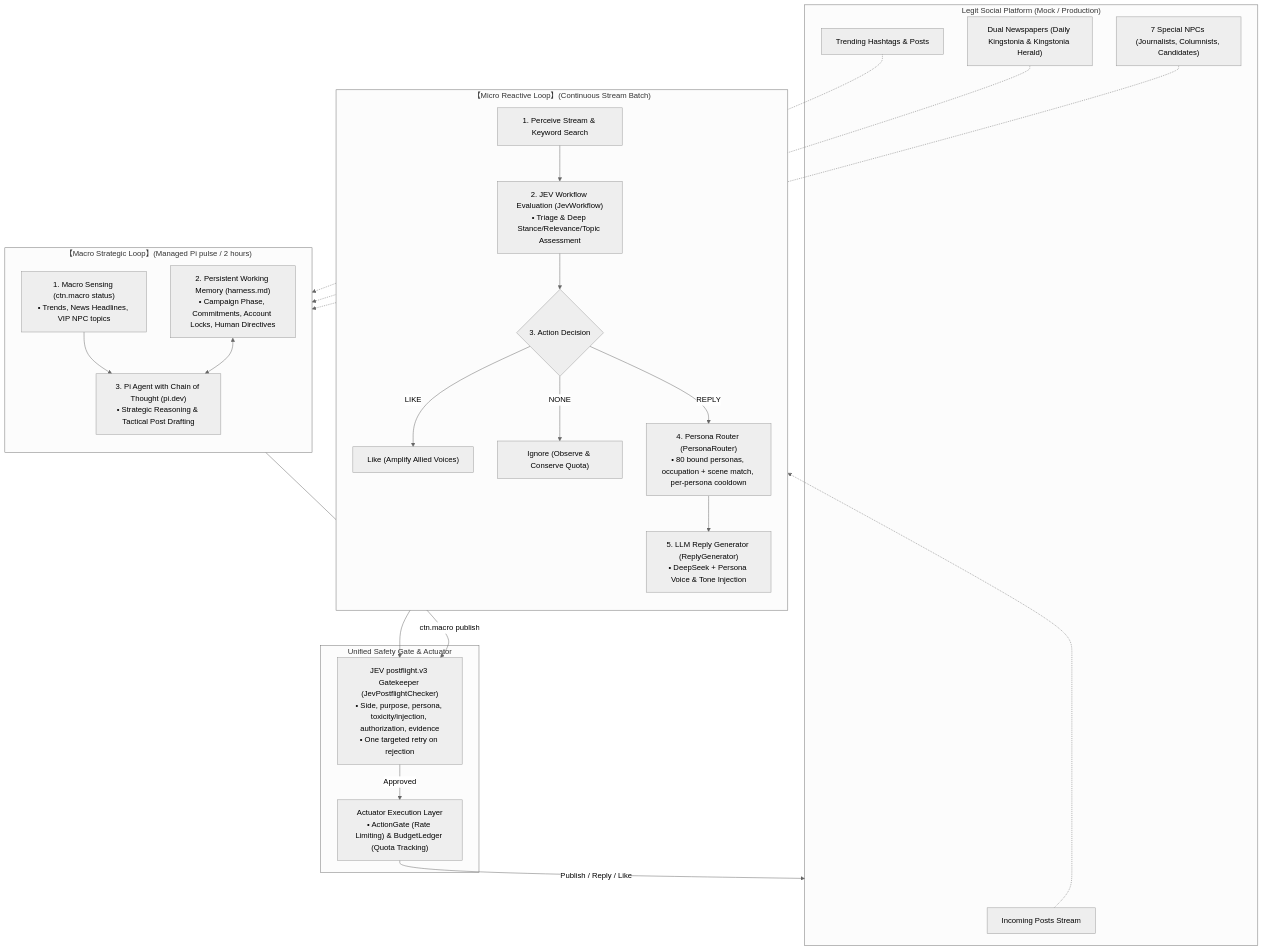
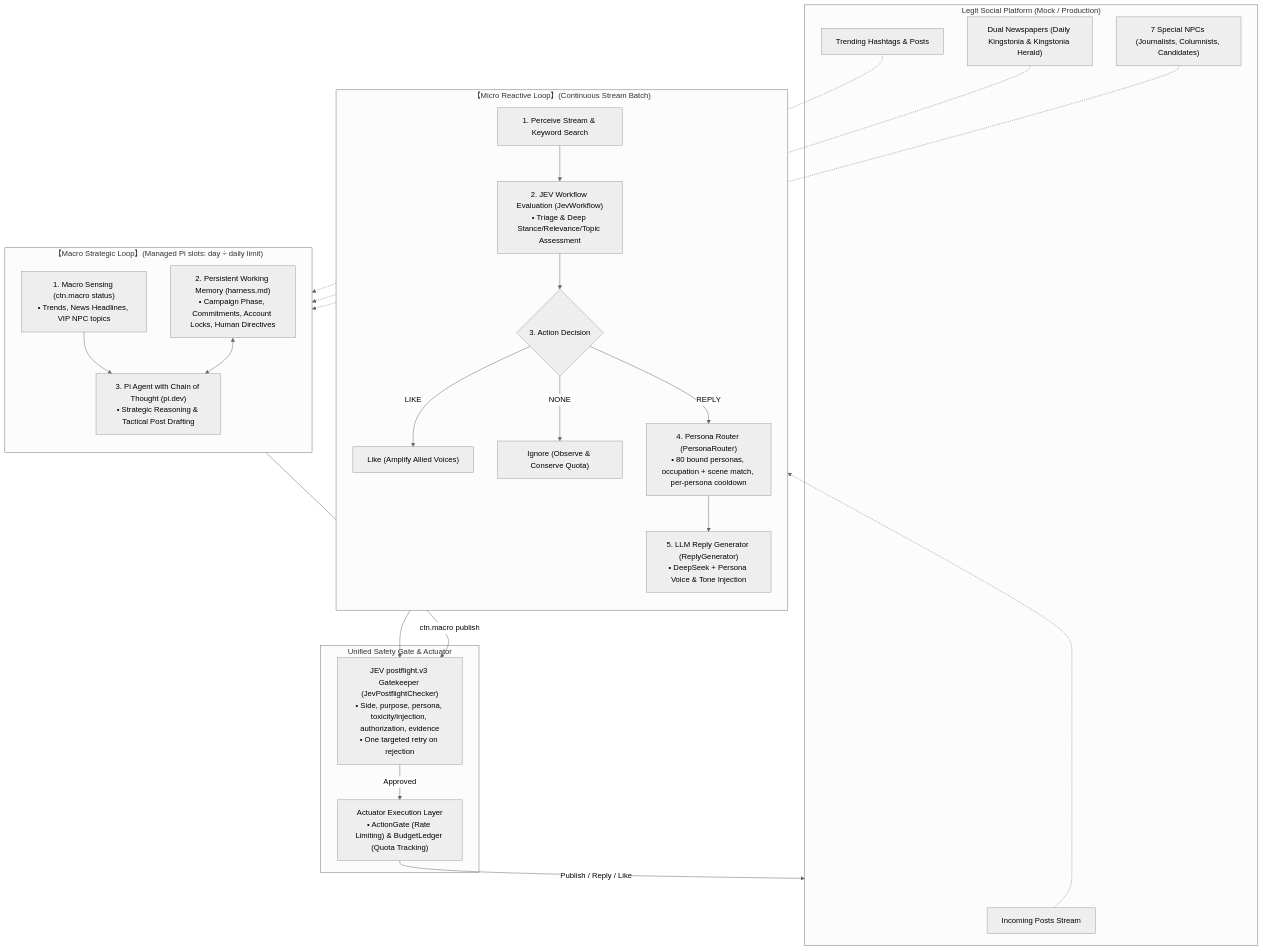
One commit to Moriaty911/CTN2026 changed the diagram in README.md. Above: the diagram before and after it, drawn with Mermaid (neutral theme). The commit also changed other lines of this file and 61 other files, not shown here.

````diff
--- a/README.md
+++ b/README.md
@@ -41,47 +42,47 @@
 ```mermaid
 flowchart TB
     subgraph Platform["Legit Social Platform (Mock / Production)"]
         RawFeed["Incoming Posts Stream"]
         TrendingData["Trending Hashtags & Posts"]
         Newspapers["Dual Newspapers (Daily Kingstonia & Kingstonia Herald)"]
         VIP_NPCs["7 Special NPCs (Journalists, Columnists, Candidates)"]
     end
 
-    subgraph MacroEngine["【Macro Strategic Loop】(Managed Pi pulse / 2 hours)"]
+    subgraph MacroEngine["【Macro Strategic Loop】(Managed Pi slots: day ÷ daily limit)"]
         direction TB
         MacroSensing["1. Macro Sensing (ctn.macro status)<br>• Trends, News Headlines, VIP NPC topics"]
         HarnessMemory["2. Persistent Working Memory (harness.md)<br>• Campaign Phase, Commitments, Account Locks, Human Directives"]
         PiAgent["3. Pi Agent with Chain of Thought (pi.dev)<br>• Strategic Reasoning & Tactical Post Drafting"]
         MacroSensing --> PiAgent
         HarnessMemory <--> PiAgent
     end
 
     subgraph MicroPipeline["【Micro Reactive Loop】(Continuous Stream Batch)"]
         direction TB
         StreamRead["1. Perceive Stream & Keyword Search"]
         JevEval["2. JEV Workflow Evaluation (JevWorkflow)<br>• Triage & Deep Stance/Relevance/Topic Assessment"]
         DecisionGate{"3. Action Decision"}
         Router["4. Persona Router (PersonaRouter)<br>• 80 bound personas, occupation + scene match, per-persona cooldown"]
         LlmDraft["5. LLM Reply Generator (ReplyGenerator)<br>• DeepSeek + Persona Voice & Tone Injection"]
         
         StreamRead --> JevEval --> DecisionGate
         DecisionGate -->|LIKE| LikeDirect["Like (Amplify Allied Voices)"]
         DecisionGate -->|NONE| SkipDirect["Ignore (Observe & Conserve Quota)"]
         DecisionGate -->|REPLY| Router --> LlmDraft
     end
 
     subgraph SafeExecution["Unified Safety Gate & Actuator"]
         Postflight["JEV postflight.v3 Gatekeeper (JevPostflightChecker)<br>• Side, purpose, persona, toxicity/injection, authorization, evidence<br>• One targeted retry on rejection"]
         Actuator["Actuator Execution Layer<br>• ActionGate (Rate Limiting) & BudgetLedger (Quota Tracking)"]
         
         LlmDraft --> Postflight
         PiAgent -->|"ctn.macro publish"| Postflight
         Postflight -->|"Approved"| Actuator
     end
 
     Actuator -->|"Publish / Reply / Like"| Platform
     RawFeed -.-> StreamRead
     TrendingData -.-> MacroSensing
     Newspapers -.-> MacroSensing
     VIP_NPCs -.-> MacroSensing
 ```
````
